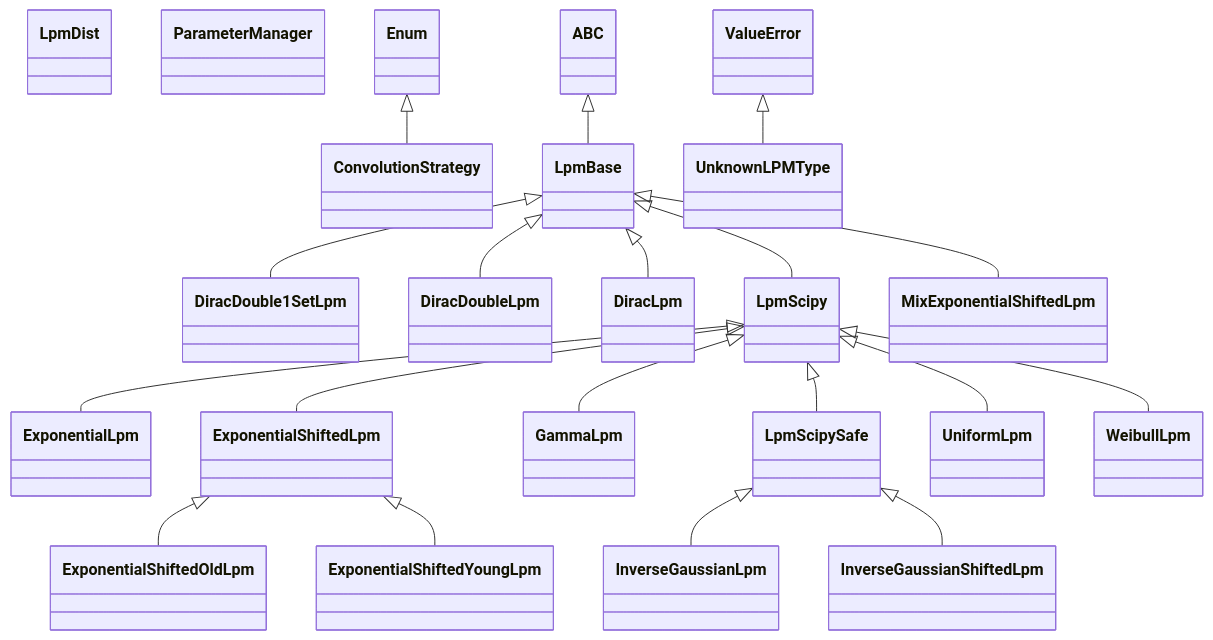
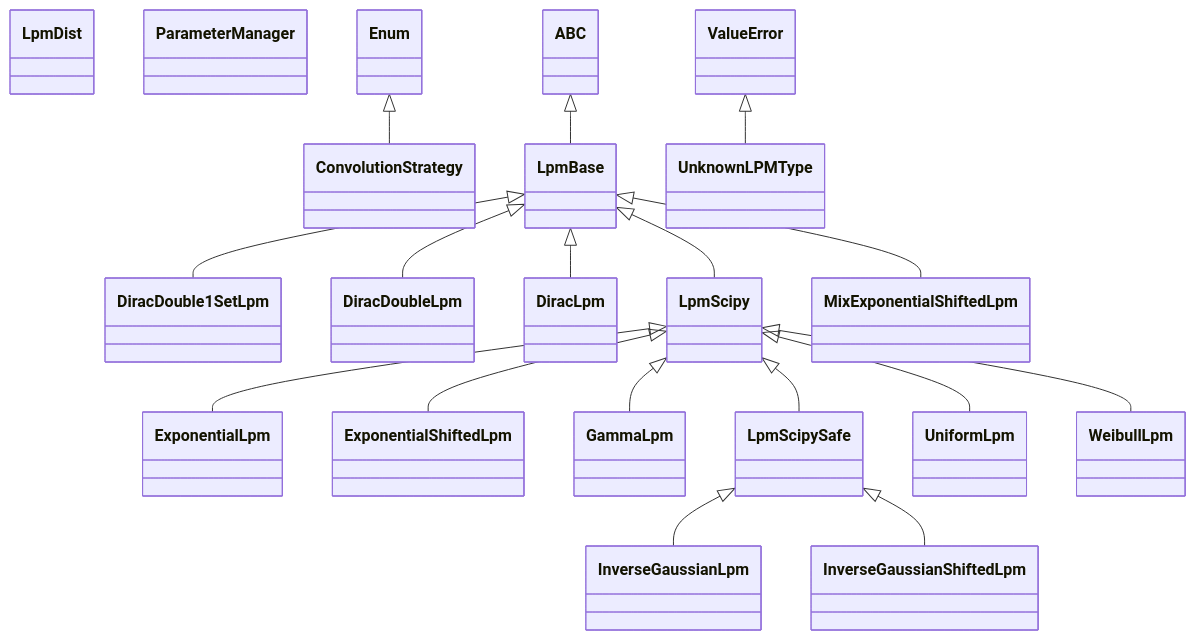
Before and after one commit to dreuzy/PyAges: the diagram in docs/uml/classes_pyage_lpm.md, drawn with Mermaid. The commit also changed other lines of this file and 50 other files, not shown here.

Commit message:
docs: update guides and architecture

````diff
--- a/docs/uml/classes_pyage_lpm.md
+++ b/docs/uml/classes_pyage_lpm.md
@@ -3,41 +7,37 @@
 ```mermaid
 classDiagram
 class ConvolutionStrategy
 class DiracDouble1SetLpm
 class DiracDoubleLpm
 class DiracLpm
 class ExponentialLpm
 class ExponentialShiftedLpm
-class ExponentialShiftedOldLpm
-class ExponentialShiftedYoungLpm
 class GammaLpm
 class InverseGaussianLpm
 class InverseGaussianShiftedLpm
 class LpmBase
 class LpmDist
 class LpmScipy
 class LpmScipySafe
 class MixExponentialShiftedLpm
 class ParameterManager
 class UniformLpm
 class UnknownLPMType
 class WeibullLpm
 Enum <|-- ConvolutionStrategy
 LpmBase <|-- DiracDouble1SetLpm
 LpmBase <|-- DiracDoubleLpm
 LpmBase <|-- DiracLpm
 LpmScipy <|-- ExponentialLpm
 LpmScipy <|-- ExponentialShiftedLpm
-ExponentialShiftedLpm <|-- ExponentialShiftedOldLpm
-ExponentialShiftedLpm <|-- ExponentialShiftedYoungLpm
 LpmScipy <|-- GammaLpm
 LpmScipySafe <|-- InverseGaussianLpm
 LpmScipySafe <|-- InverseGaussianShiftedLpm
 ABC <|-- LpmBase
 LpmBase <|-- LpmScipy
 LpmScipy <|-- LpmScipySafe
 LpmBase <|-- MixExponentialShiftedLpm
 LpmScipy <|-- UniformLpm
 ValueError <|-- UnknownLPMType
 LpmScipy <|-- WeibullLpm
 ```
````
